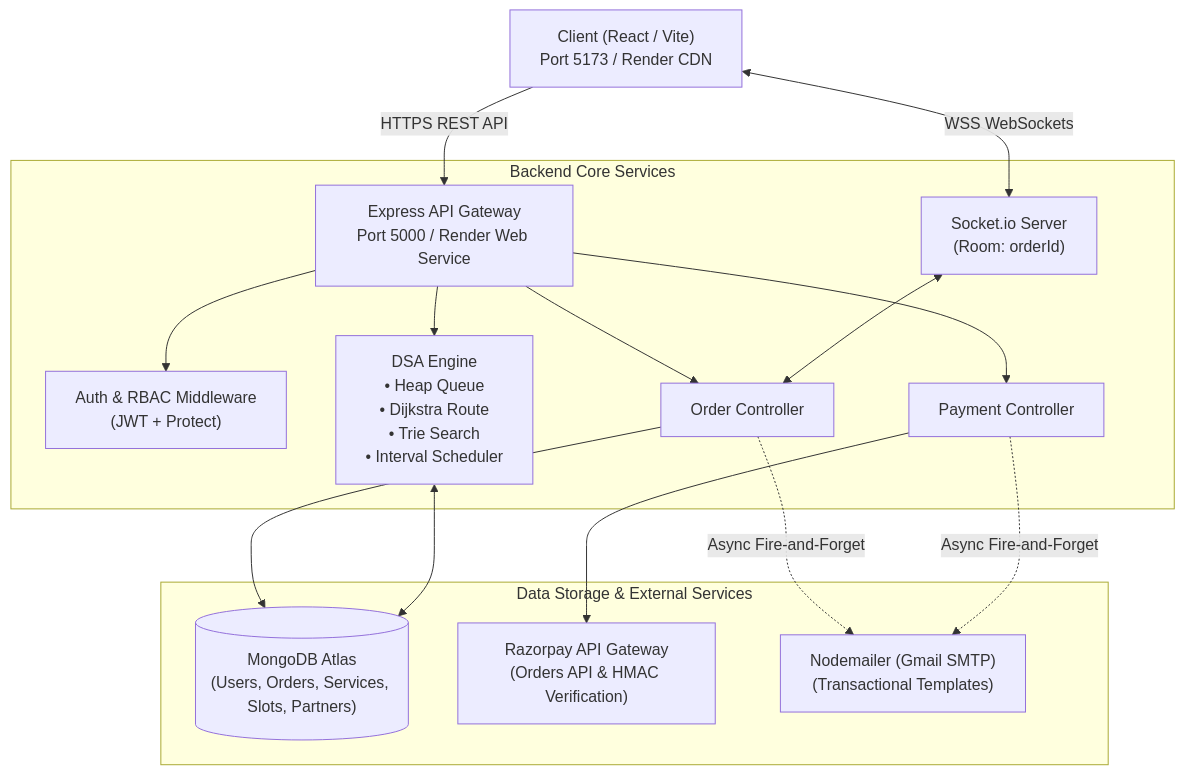
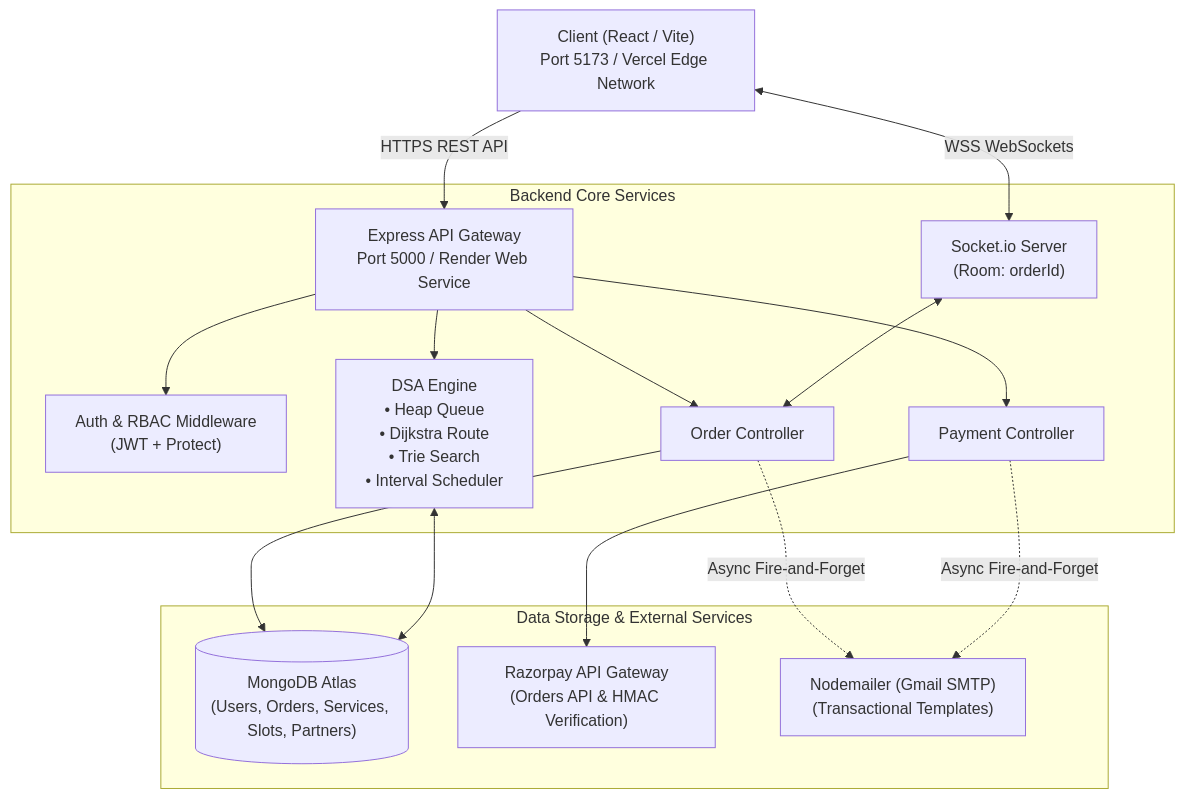
The first of 2 diagrams in ARCHITECTURE.md (imaniketrajput/laundryconnect), drawn with Mermaid before and after one commit. The commit also changed other lines of this file and 6 other files, not shown here.

````diff
--- a/ARCHITECTURE.md
+++ b/ARCHITECTURE.md
@@ -41,21 +41,21 @@
 ```mermaid
 graph TD
-    Client["Client (React / Vite)<br/>Port 5173 / Render CDN"] -->|HTTPS REST API| API["Express API Gateway<br/>Port 5000 / Render Web Service"]
+    Client["Client (React / Vite)<br/>Port 5173 / Vercel Edge Network"] -->|HTTPS REST API| API["Express API Gateway<br/>Port 5000 / Render Web Service"]
     Client <-->|WSS WebSockets| Sockets["Socket.io Server<br/>(Room: orderId)"]
 
     subgraph "Backend Core Services"
         API --> Auth["Auth & RBAC Middleware<br/>(JWT + Protect)"]
         API --> Orders["Order Controller"]
         API --> Payments["Payment Controller"]
         API --> DSA["DSA Engine<br/>• Heap Queue<br/>• Dijkstra Route<br/>• Trie Search<br/>• Interval Scheduler"]
         Sockets <--> Orders
     end
 
     subgraph "Data Storage & External Services"
         Orders --> Mongo[("MongoDB Atlas<br/>(Users, Orders, Services, Slots, Partners)")]
         DSA <--> Mongo
         Payments --> Razorpay["Razorpay API Gateway<br/>(Orders API & HMAC Verification)"]
         Orders -.->|Async Fire-and-Forget| Nodemailer["Nodemailer (Gmail SMTP)<br/>(Transactional Templates)"]
         Payments -.->|Async Fire-and-Forget| Nodemailer
     end
 ```
````
